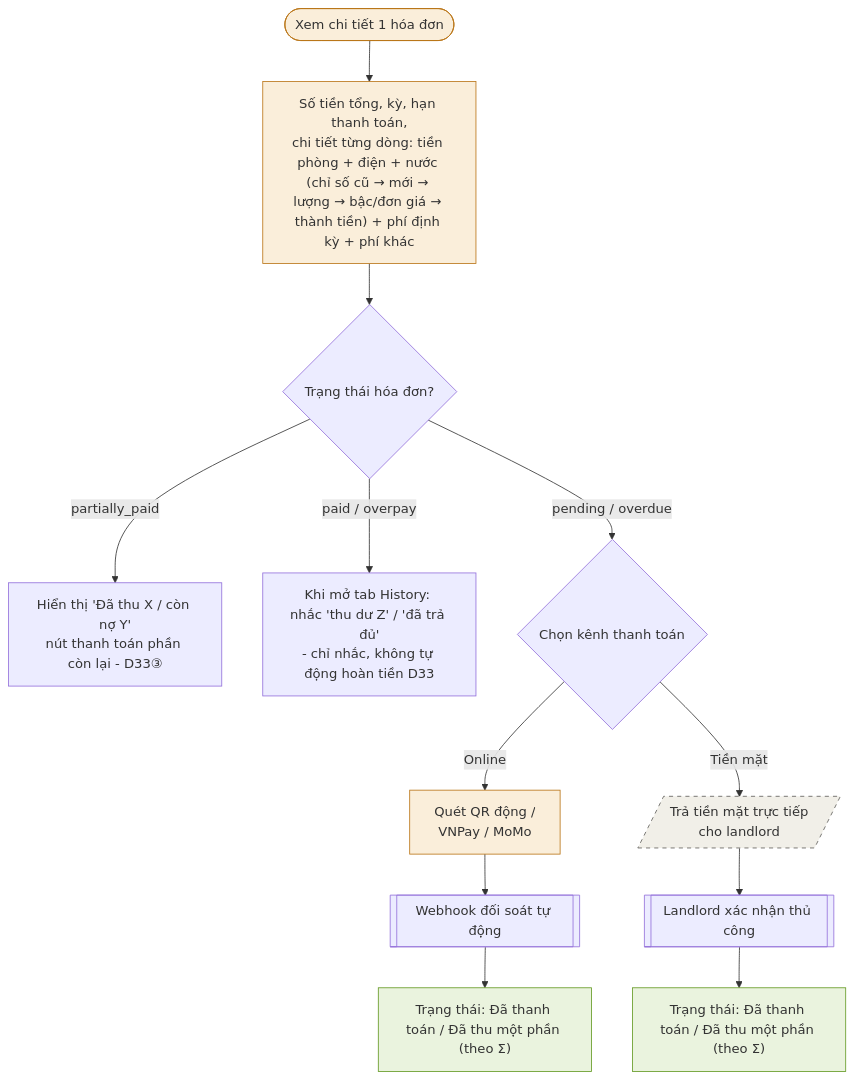
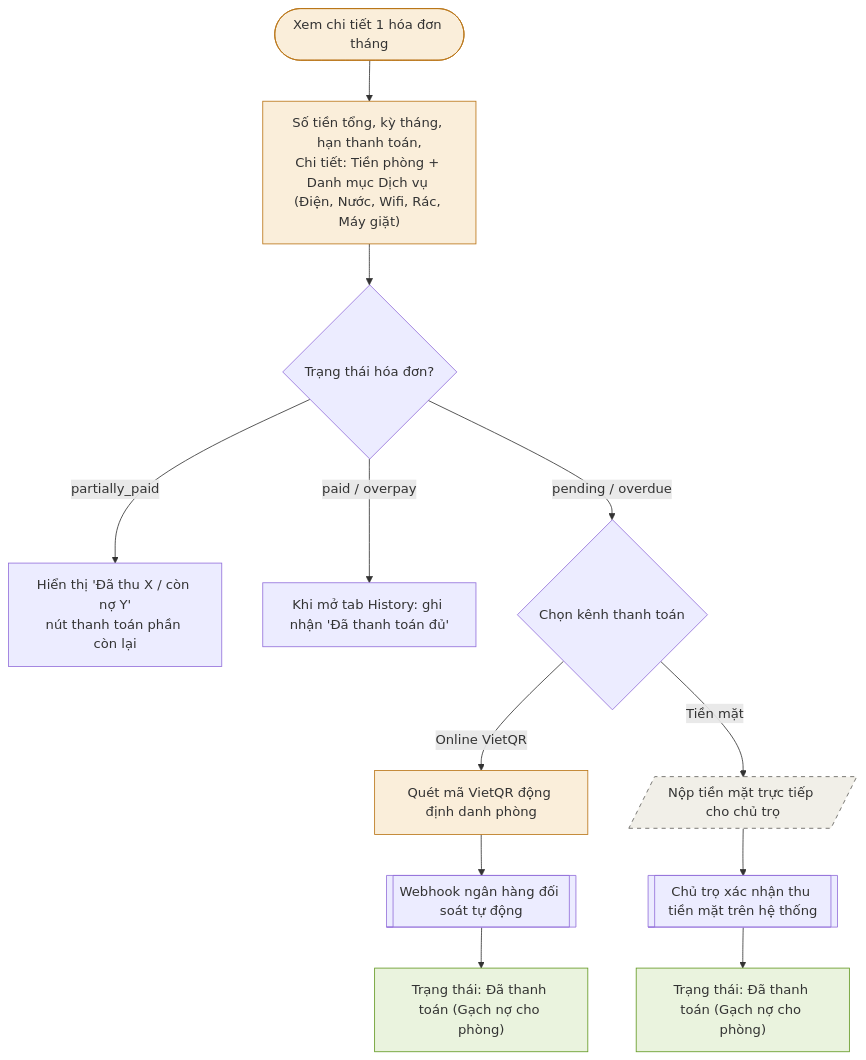
Diagram 14 of 19 in phase-1/discovery/user_flow/tenant-user-flow.md (pbl6-home-renter/docs), drawn with Mermaid before and after one commit. The commit also changed other lines of this file and 3 other files, not shown here.

````diff
--- a/phase-1/discovery/user_flow/tenant-user-flow.md
+++ b/phase-1/discovery/user_flow/tenant-user-flow.md
@@ -327,21 +332,21 @@
 ```mermaid
 flowchart TD
-    Start(["Xem chi tiết 1 hóa đơn"]) --> Detail["Số tiền tổng, kỳ, hạn thanh toán,\nchi tiết từng dòng: tiền phòng + điện + nước (chỉ số cũ → mới → lượng → bậc/đơn giá → thành tiền) + phí định kỳ + phí khác"]
+    Start(["Xem chi tiết 1 hóa đơn tháng"]) --> Detail["Số tiền tổng, kỳ tháng, hạn thanh toán,\nChi tiết: Tiền phòng + Danh mục Dịch vụ (Điện, Nước, Wifi, Rác, Máy giặt)"]
     Detail --> Status{"Trạng thái hóa đơn?"}
-    Status -->|"partially_paid"| PartialNote["Hiển thị 'Đã thu X / còn nợ Y'\nnút thanh toán phần còn lại - D33③"]
-    Status -->|"paid / overpay"| HistoryTab["Khi mở tab History: nhắc 'thu dư Z' / 'đã trả đủ'\n- chỉ nhắc, không tự động hoàn tiền D33"]
+    Status -->|"partially_paid"| PartialNote["Hiển thị 'Đã thu X / còn nợ Y'\nnút thanh toán phần còn lại"]
+    Status -->|"paid / overpay"| HistoryTab["Khi mở tab History: ghi nhận 'Đã thanh toán đủ'"]
     Status -->|"pending / overdue"| Choose{"Chọn kênh thanh toán"}
-    Choose -->|"Online"| QR["Quét QR động /\nVNPay / MoMo"]
-    QR --> Webhook[["Webhook đối soát tự động"]]
-    Webhook --> Paid1["Trạng thái: Đã thanh toán / Đã thu một phần (theo Σ)"]
-    Choose -->|"Tiền mặt"| Cash[/"Trả tiền mặt trực tiếp\ncho landlord"/]
-    Cash --> Confirm[["Landlord xác nhận thủ công"]]
-    Confirm --> Paid2["Trạng thái: Đã thanh toán / Đã thu một phần (theo Σ)"]
+    Choose -->|"Online VietQR"| QR["Quét mã VietQR động định danh phòng"]
+    QR --> Webhook[["Webhook ngân hàng đối soát tự động"]]
+    Webhook --> Paid1["Trạng thái: Đã thanh toán (Gạch nợ cho phòng)"]
+    Choose -->|"Tiền mặt"| Cash[/"Nộp tiền mặt trực tiếp cho chủ trọ"/]
+    Cash --> Confirm[["Chủ trọ xác nhận thu tiền mặt trên hệ thống"]]
+    Confirm --> Paid2["Trạng thái: Đã thanh toán (Gạch nợ cho phòng)"]
 
     style Start fill:#faeeda,stroke:#ba7517
     style Detail fill:#faeeda,stroke:#ba7517
     style QR fill:#faeeda,stroke:#ba7517
     style Paid1 fill:#eaf3de,stroke:#639922
     style Paid2 fill:#eaf3de,stroke:#639922
     style Cash fill:#f1efe8,stroke:#5f5e5a,stroke-dasharray: 5 5
 ```
````
